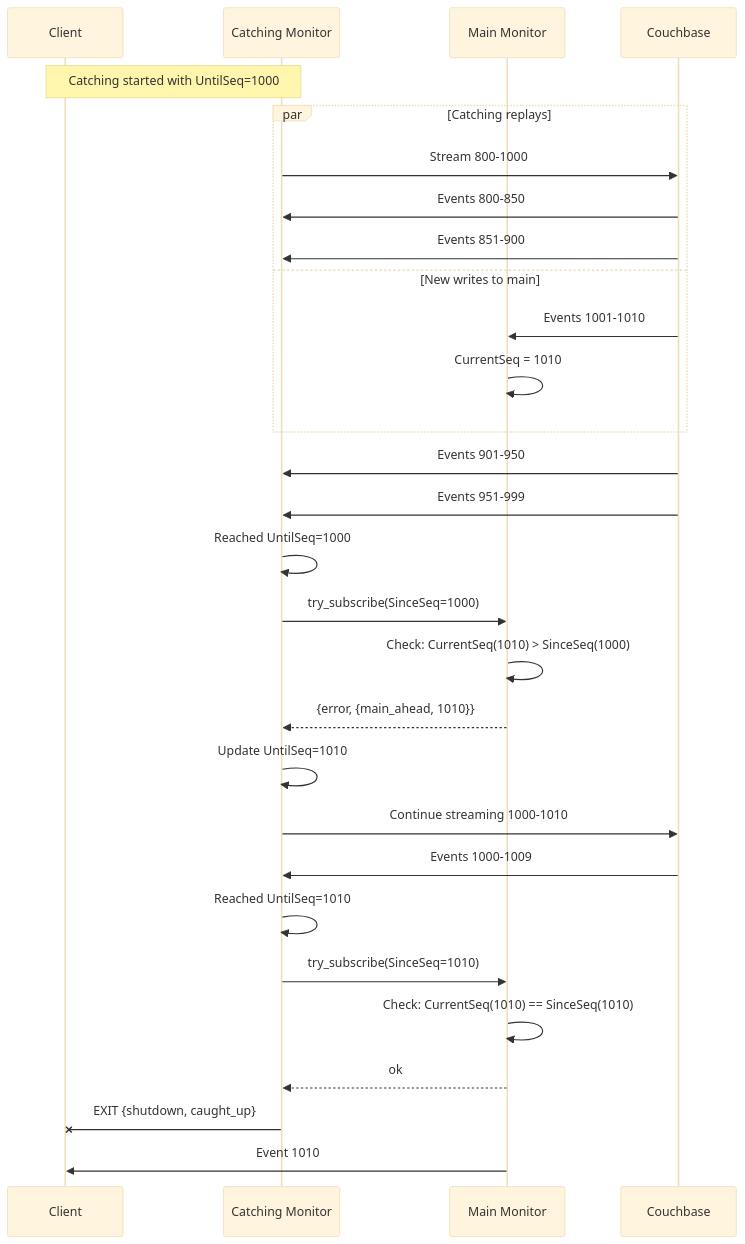
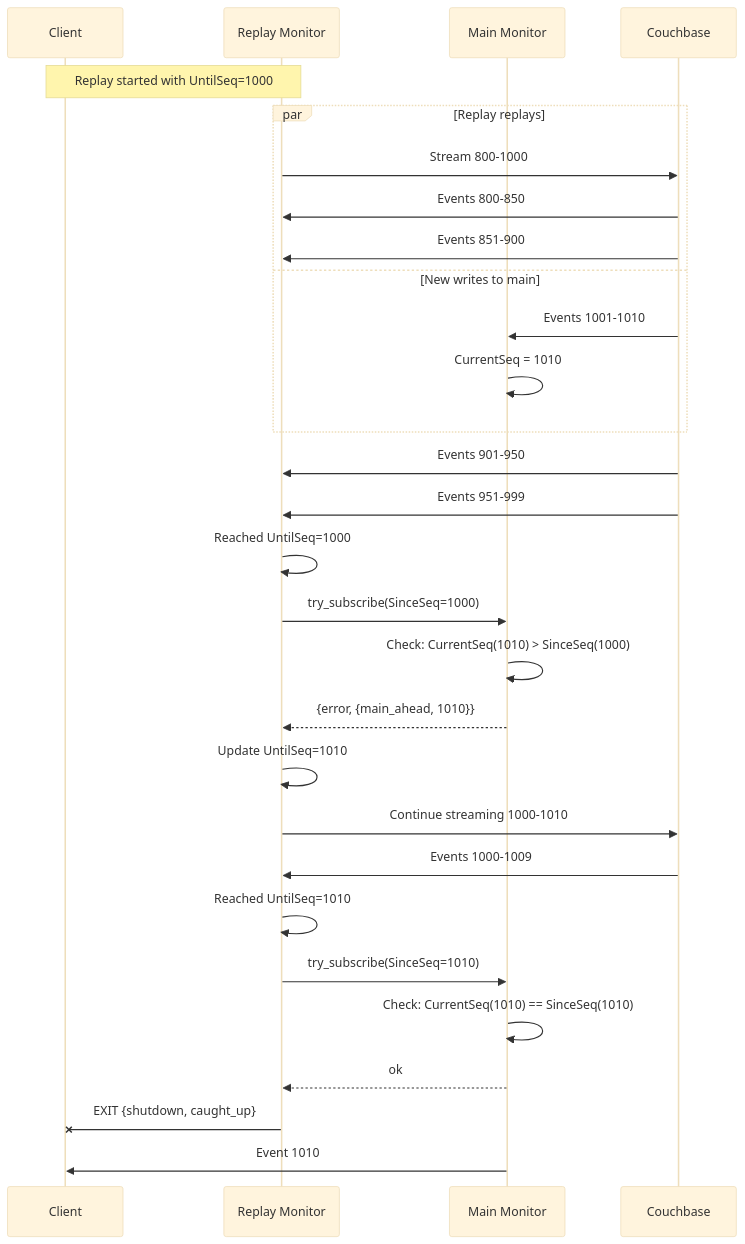
The seventh of 8 diagrams in doc/design/files_monitoring/reconnection.md (onedata/op-worker), drawn with Mermaid (base theme) before and after one commit. The commit also changed other lines of this file and 12 other files, not shown here.

Commit message:
VFS-12887 Rename catching monitor to replay monitor

````diff
--- a/doc/design/files_monitoring/reconnection.md
+++ b/doc/design/files_monitoring/reconnection.md
@@ -492,38 +492,38 @@
 ```mermaid
 sequenceDiagram
     participant C as Client
-    participant Catch as Catching Monitor
+    participant Replay as Replay Monitor
     participant Main as Main Monitor
     participant DB as Couchbase
     
-    Note over C,Catch: Catching started with UntilSeq=1000
+    Note over C,Replay: Replay started with UntilSeq=1000
     
-    par Catching replays
-        Catch->>DB: Stream 800-1000
-        DB->>Catch: Events 800-850
-        DB->>Catch: Events 851-900
+    par Replay replays
+        Replay->>DB: Stream 800-1000
+        DB->>Replay: Events 800-850
+        DB->>Replay: Events 851-900
     and New writes to main
         DB->>Main: Events 1001-1010
         Main->>Main: CurrentSeq = 1010
     end
     
-    DB->>Catch: Events 901-950
-    DB->>Catch: Events 951-999
+    DB->>Replay: Events 901-950
+    DB->>Replay: Events 951-999
     
-    Catch->>Catch: Reached UntilSeq=1000
-    Catch->>Main: try_subscribe(SinceSeq=1000)
+    Replay->>Replay: Reached UntilSeq=1000
+    Replay->>Main: try_subscribe(SinceSeq=1000)
     Main->>Main: Check: CurrentSeq(1010) > SinceSeq(1000)
-    Main-->>Catch: {error, {main_ahead, 1010}}
+    Main-->>Replay: {error, {main_ahead, 1010}}
     
-    Catch->>Catch: Update UntilSeq=1010
-    Catch->>DB: Continue streaming 1000-1010
-    DB->>Catch: Events 1000-1009
+    Replay->>Replay: Update UntilSeq=1010
+    Replay->>DB: Continue streaming 1000-1010
+    DB->>Replay: Events 1000-1009
     
-    Catch->>Catch: Reached UntilSeq=1010
-    Catch->>Main: try_subscribe(SinceSeq=1010)
+    Replay->>Replay: Reached UntilSeq=1010
+    Replay->>Main: try_subscribe(SinceSeq=1010)
     Main->>Main: Check: CurrentSeq(1010) == SinceSeq(1010)
-    Main-->>Catch: ok
+    Main-->>Replay: ok
     
-    Catch-xC: EXIT {shutdown, caught_up}
+    Replay-xC: EXIT {shutdown, caught_up}
     Main->>C: Event 1010
 ```
````
